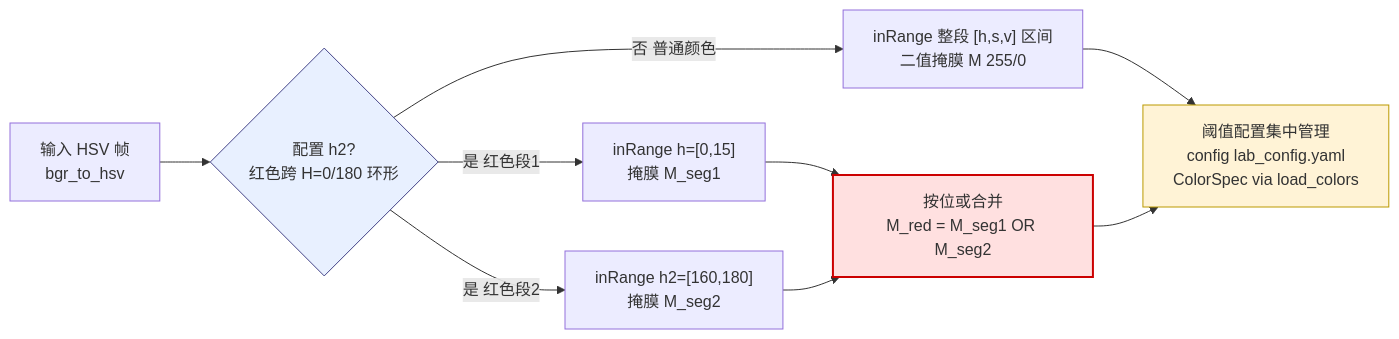
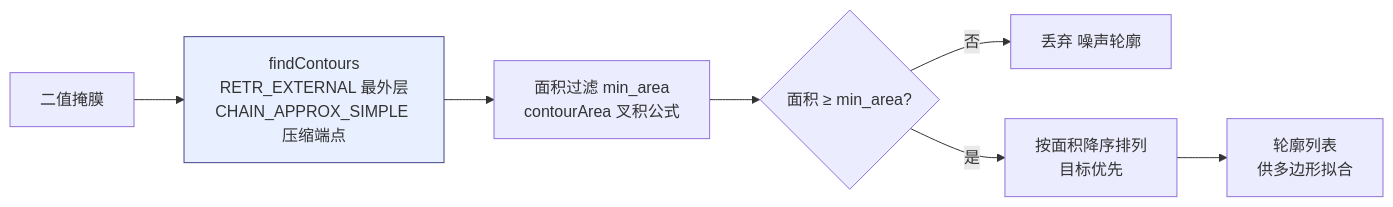
One commit to aibittek/course_generate_agent changed the third of 6 diagrams in courses/sheet1/robot_vision/_parts/experiment-3.md. Above: the diagram before and after it, drawn with Mermaid. The commit also changed other lines of this file and 98 other files, not shown here.

````diff
--- a/courses/sheet1/robot_vision/_parts/experiment-3.md
+++ b/courses/sheet1/robot_vision/_parts/experiment-3.md
@@ -231,17 +242,11 @@
 ```mermaid
 flowchart LR
-    A[输入 HSV 帧<br/>bgr_to_hsv] --> B{配置 h2?<br/>红色跨 H=0/180 环形}
+    A[二值掩膜] --> B["findContours<br/>RETR_EXTERNAL 最外层<br/>CHAIN_APPROX_SIMPLE 压缩端点"]
+    B --> C["面积过滤 min_area<br/>contourArea 叉积公式"]
+    C --> D{面积 ≥ min_area?}
+    D -->|否| X[丢弃 噪声轮廓]
+    D -->|是| E[按面积降序排列<br/>目标优先]
+    E --> F[轮廓列表<br/>供多边形拟合]
 
-    B -- 否 普通颜色 --> C["inRange 整段 [h,s,v] 区间<br/>二值掩膜 M 255/0"]
-    B -- 是 红色段1 --> D["inRange h=[0,15]<br/>掩膜 M_seg1"]
-    B -- 是 红色段2 --> E["inRange h2=[160,180]<br/>掩膜 M_seg2"]
-    D --> F[按位或合并<br/>M_red = M_seg1 OR M_seg2]
-    E --> F
-
-    C --> G[阈值配置集中管理<br/>config lab_config.yaml<br/>ColorSpec via load_colors]
-    F --> G
-
-    style F fill:#ffe0e0,stroke:#c00,stroke-width:2px
     style B fill:#e8f0ff,stroke:#448,stroke-width:1px
-    style G fill:#fff3d6,stroke:#b90,stroke-width:1px
 ```
````
